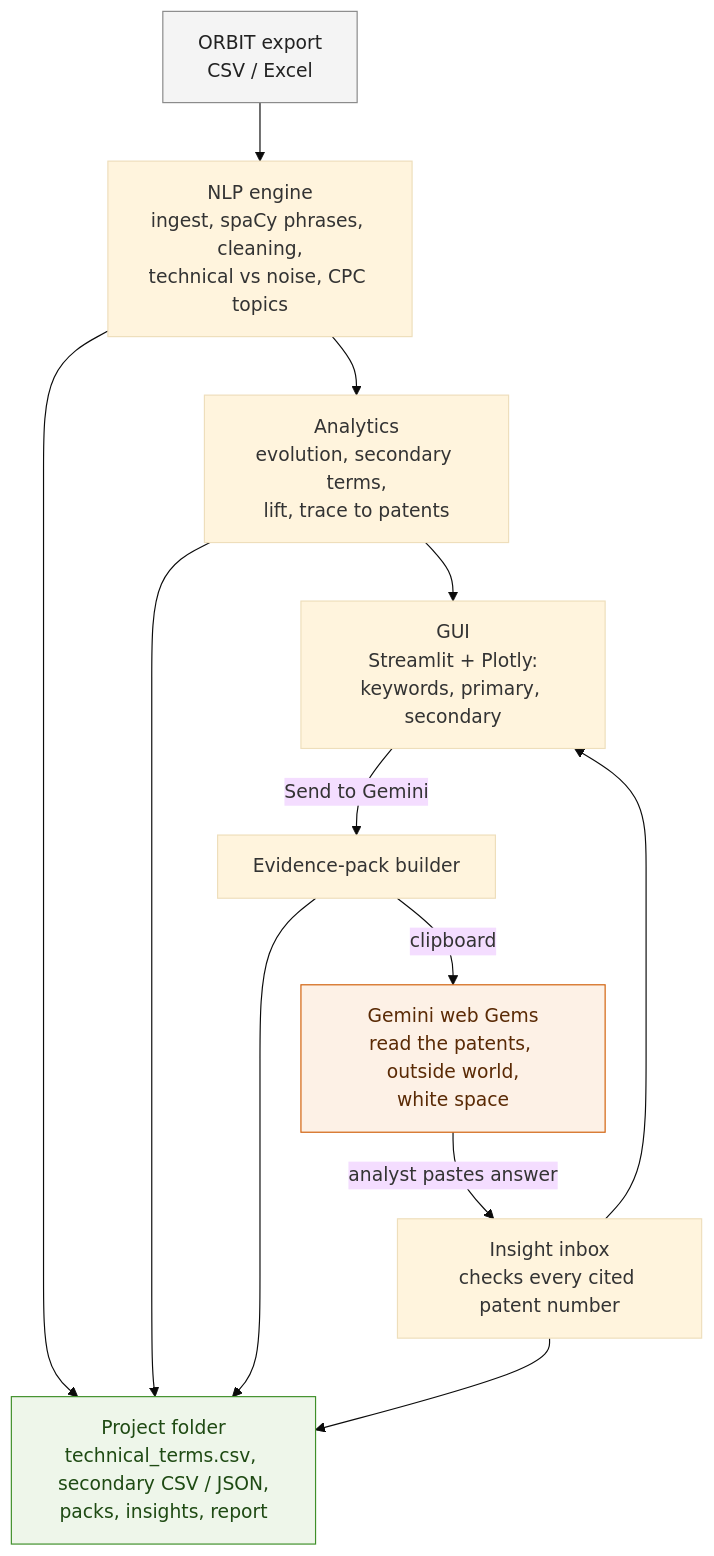
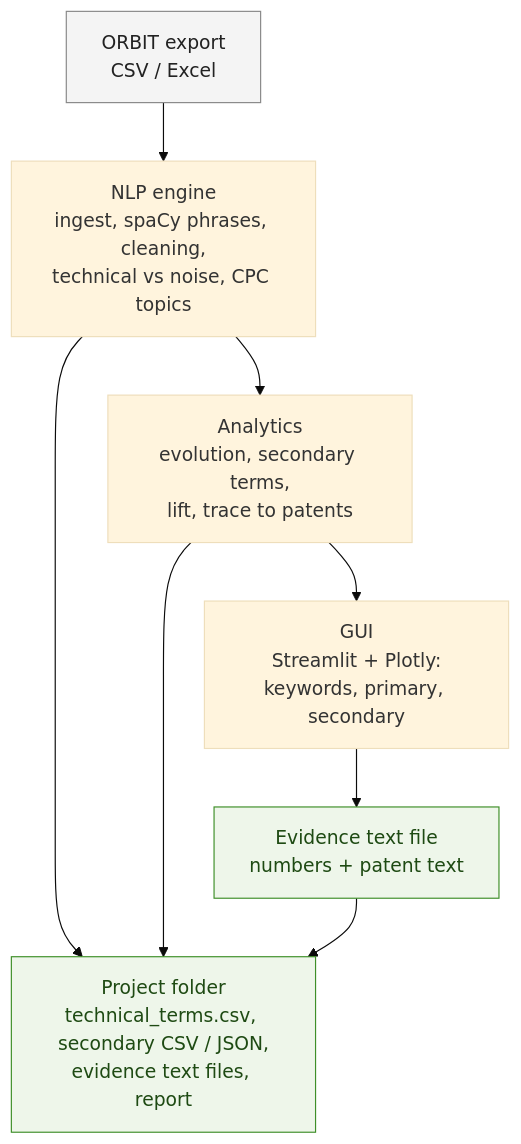
Before and after one commit to szed0/random: the diagram in diagrams/architecture.mmd, drawn with Mermaid (base theme). The commit also changed 1 other file, not shown here.

Commit message:
Simplify the architecture diagram to the local app and its evidence text file

```diff
--- a/diagrams/architecture.mmd
+++ b/diagrams/architecture.mmd
@@ -1,26 +1,18 @@
 flowchart TB
     exportfile["ORBIT export<br/>CSV / Excel"]
     engine["NLP engine<br/>ingest, spaCy phrases, cleaning,<br/>technical vs noise, CPC topics"]
     analytics["Analytics<br/>evolution, secondary terms,<br/>lift, trace to patents"]
     gui["GUI<br/>Streamlit + Plotly:<br/>keywords, primary, secondary"]
-    packer["Evidence-pack builder"]
-    gemini["Gemini web Gems<br/>read the patents, outside world,<br/>white space"]
-    inbox["Insight inbox<br/>checks every cited patent number"]
-    folder["Project folder<br/>technical_terms.csv, secondary CSV / JSON,<br/>packs, insights, report"]
+    evidence["Evidence text file<br/>numbers + patent text"]
+    folder["Project folder<br/>technical_terms.csv, secondary CSV / JSON,<br/>evidence text files, report"]
 
     exportfile --> engine --> analytics --> gui
-    gui -- "Send to Gemini" --> packer
-    packer -- "clipboard" --> gemini
-    gemini -- "analyst pastes answer" --> inbox
-    inbox --> gui
+    gui --> evidence
     engine --> folder
     analytics --> folder
-    packer --> folder
-    inbox --> folder
+    evidence --> folder
 
     classDef ext fill:#f4f4f4,stroke:#888,color:#222
     classDef file fill:#eef6ea,stroke:#3f8f29,color:#1e4a13
-    classDef gem fill:#fdf1e6,stroke:#d1600a,color:#5a2a05
     class exportfile ext
-    class folder file
-    class gemini gem
+    class evidence,folder file
```
